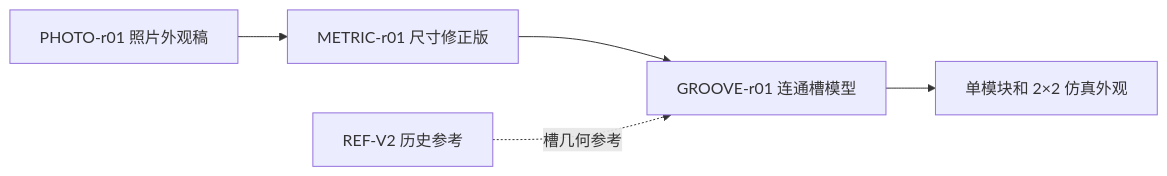
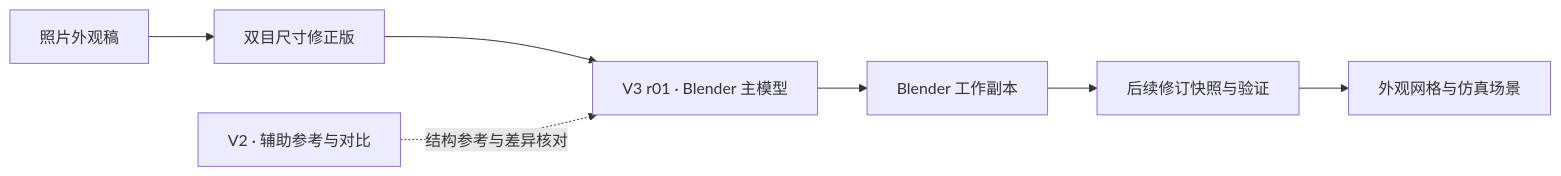
Before and after one commit to timothijoe/omi_shapeforge: the diagram in docs/asset-versions.md, drawn with Mermaid. The commit also changed other lines of this file and 17 other files, not shown here.

````diff
--- a/docs/asset-versions.md
+++ b/docs/asset-versions.md
@@ -16,7 +24,9 @@
 ```mermaid
 flowchart LR
-    P[PHOTO-r01 照片外观稿] --> M[METRIC-r01 尺寸修正版]
-    M --> G[GROOVE-r01 连通槽模型]
-    V[REF-V2 历史参考] -. 槽几何参考 .-> G
-    G --> S[单模块和 2×2 仿真外观]
+    P[照片外观稿] --> M[双目尺寸修正版]
+    M --> G[V3 r01 · Blender 主模型]
+    V[V2 · 辅助参考与对比] -. 结构参考与差异核对 .-> G
+    G --> W[Blender 工作副本]
+    W --> R[后续修订快照与验证]
+    R --> S[外观网格与仿真场景]
 ```
````
